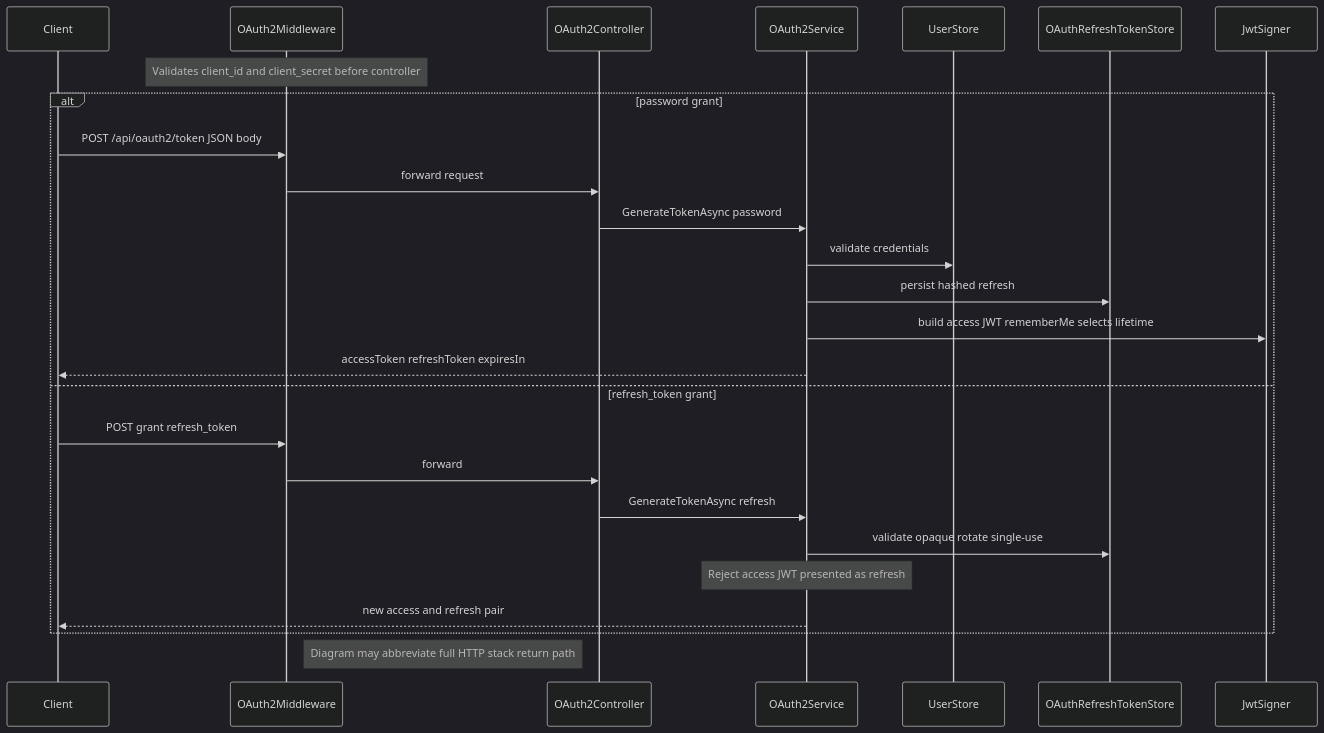
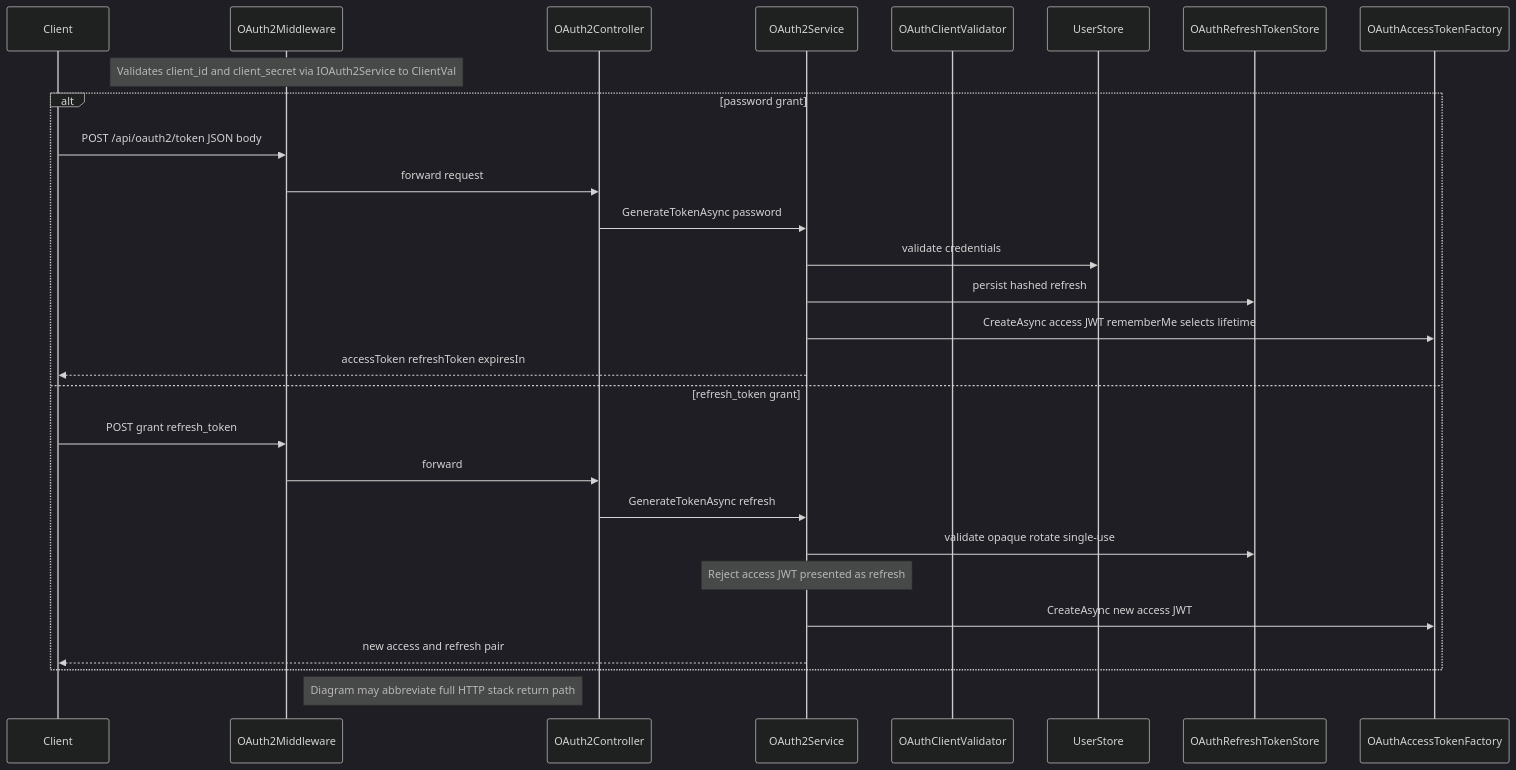
Before and after one commit to 01laky/mfai_demo: the second of 6 diagrams in docs/guides/authentication-and-sessions.md, drawn with Mermaid (dark theme). The commit also changed other lines of this file and 1 other file, not shown here.

First line of the commit message:
docs: oauth pipeline split and baseline refresh

````diff
--- a/docs/guides/authentication-and-sessions.md
+++ b/docs/guides/authentication-and-sessions.md
@@ -77,31 +89,33 @@
 ```mermaid
 sequenceDiagram
   participant Client
   participant OAuth2Middleware
   participant OAuth2Controller
   participant OAuth2Service
+  participant ClientVal as OAuthClientValidator
   participant UserStore
   participant RefreshStore as OAuthRefreshTokenStore
-  participant JwtSigner
+  participant AccessFactory as OAuthAccessTokenFactory
 
-  Note over OAuth2Middleware: Validates client_id and client_secret before controller
+  Note over OAuth2Middleware: Validates client_id and client_secret via IOAuth2Service to ClientVal
 
   alt password grant
     Client->>OAuth2Middleware: POST /api/oauth2/token JSON body
     OAuth2Middleware->>OAuth2Controller: forward request
     OAuth2Controller->>OAuth2Service: GenerateTokenAsync password
     OAuth2Service->>UserStore: validate credentials
     OAuth2Service->>RefreshStore: persist hashed refresh
-    OAuth2Service->>JwtSigner: build access JWT rememberMe selects lifetime
+    OAuth2Service->>AccessFactory: CreateAsync access JWT rememberMe selects lifetime
     OAuth2Service-->>Client: accessToken refreshToken expiresIn
   else refresh_token grant
     Client->>OAuth2Middleware: POST grant refresh_token
     OAuth2Middleware->>OAuth2Controller: forward
     OAuth2Controller->>OAuth2Service: GenerateTokenAsync refresh
     OAuth2Service->>RefreshStore: validate opaque rotate single-use
     Note over OAuth2Service: Reject access JWT presented as refresh
+    OAuth2Service->>AccessFactory: CreateAsync new access JWT
     OAuth2Service-->>Client: new access and refresh pair
   end
 
   Note right of OAuth2Middleware: Diagram may abbreviate full HTTP stack return path
 ```
````
